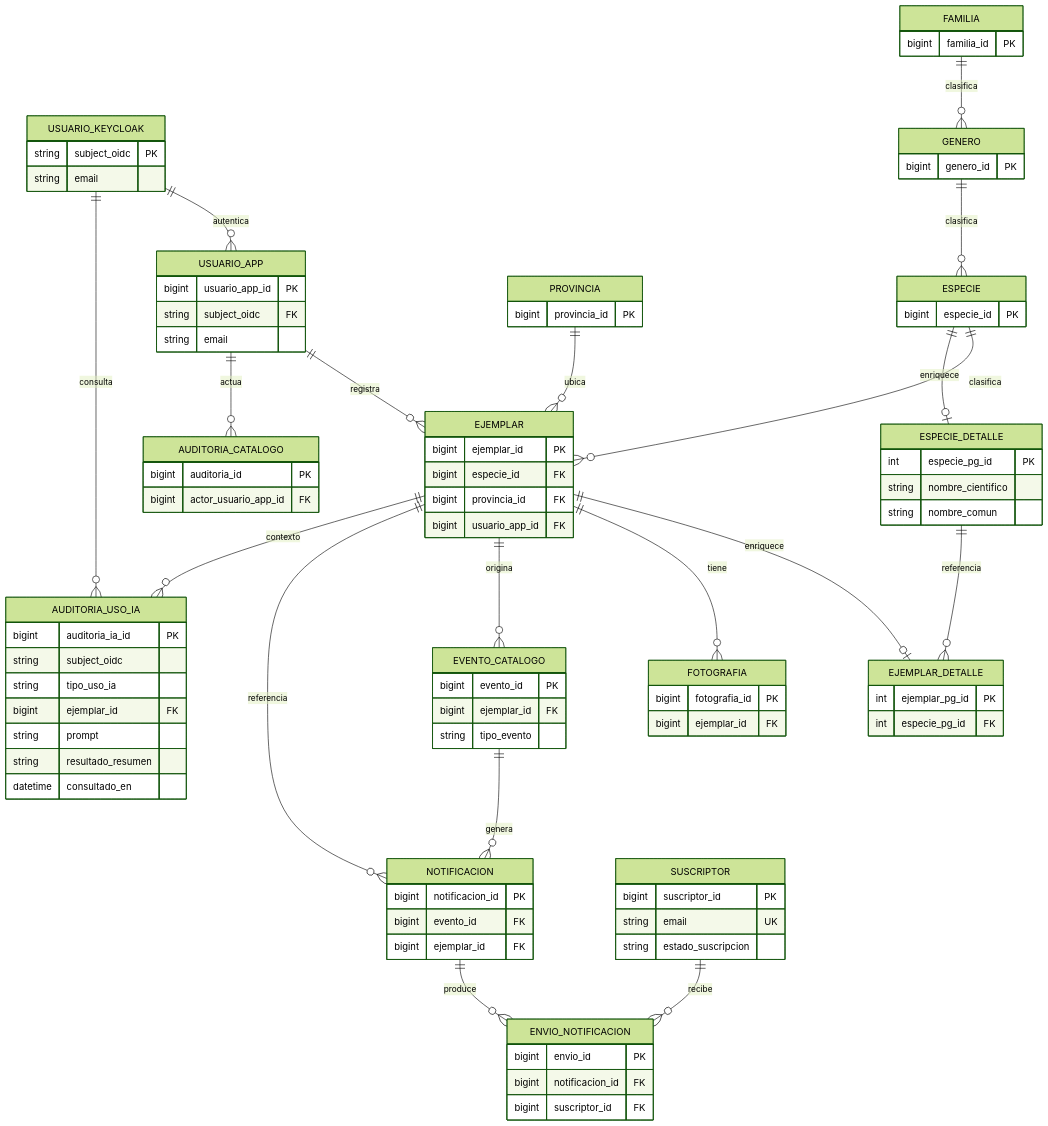
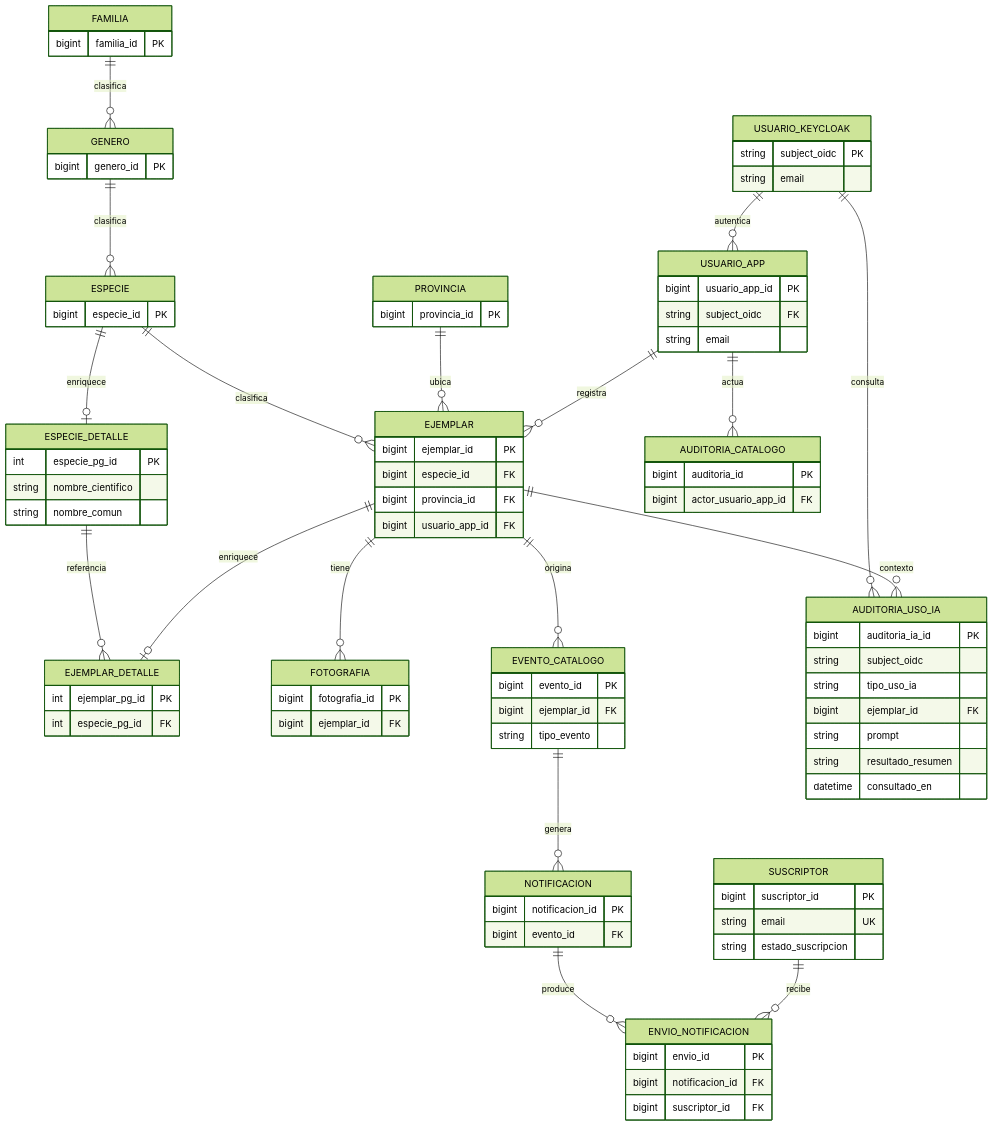
Diagram 14 of 19 in readme.md (ldefrutos1/AI4Devs-finalproject), drawn with Mermaid (forest theme) before and after one commit. The commit also changed other lines of this file and 10 other files, not shown here.

```diff
--- a/readme.md
+++ b/readme.md
@@ -1113,7 +1114,6 @@
     NOTIFICACION {
         bigint notificacion_id PK
         bigint evento_id FK
-        bigint ejemplar_id FK
     }
     SUSCRIPTOR {
         bigint suscriptor_id PK
@@ -1151,7 +1151,6 @@
     EJEMPLAR ||--o| EJEMPLAR_DETALLE : enriquece
     EJEMPLAR ||--o{ FOTOGRAFIA : tiene
     EJEMPLAR ||--o{ EVENTO_CATALOGO : origina
-    EJEMPLAR ||--o{ NOTIFICACION : referencia
     EVENTO_CATALOGO ||--o{ NOTIFICACION : genera
     NOTIFICACION ||--o{ ENVIO_NOTIFICACION : produce
     SUSCRIPTOR ||--o{ ENVIO_NOTIFICACION : recibe
```
